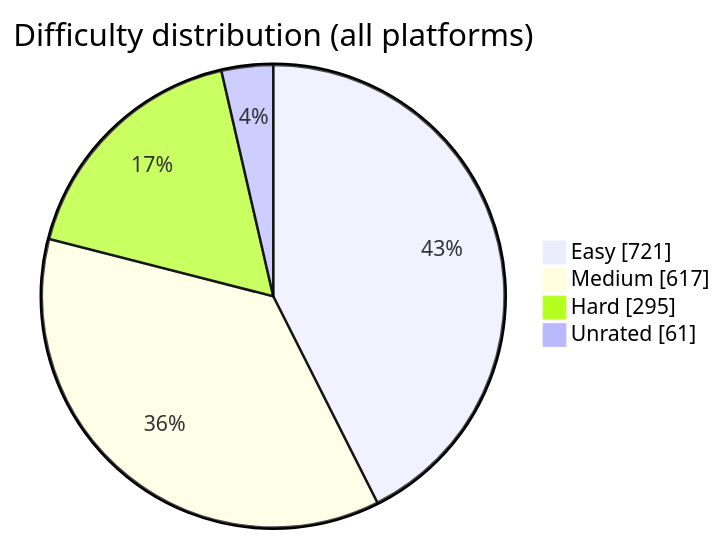
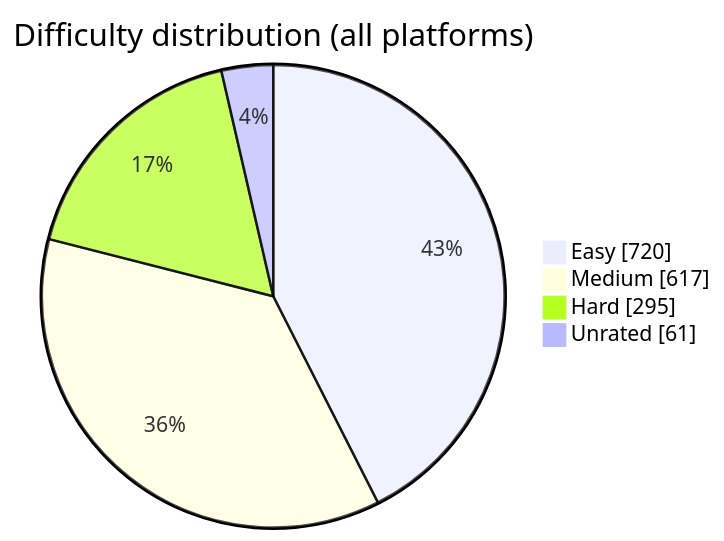
Before and after one commit to BuildbyArindam/Daily-Coding-Log: the diagram in README.md, drawn with Mermaid. The commit also changed other lines of this file, not shown here.

````diff
--- a/README.md
+++ b/README.md
@@ -93,7 +93,7 @@
 ```mermaid
 pie showData title Difficulty distribution (all platforms)
-    "Easy" : 721
+    "Easy" : 720
     "Medium" : 617
     "Hard" : 295
     "Unrated" : 61
 ```
````
